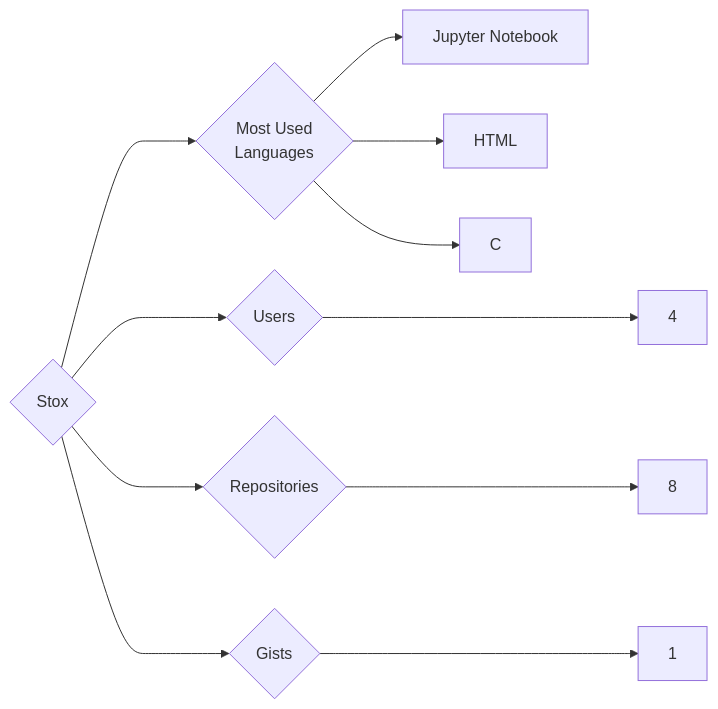
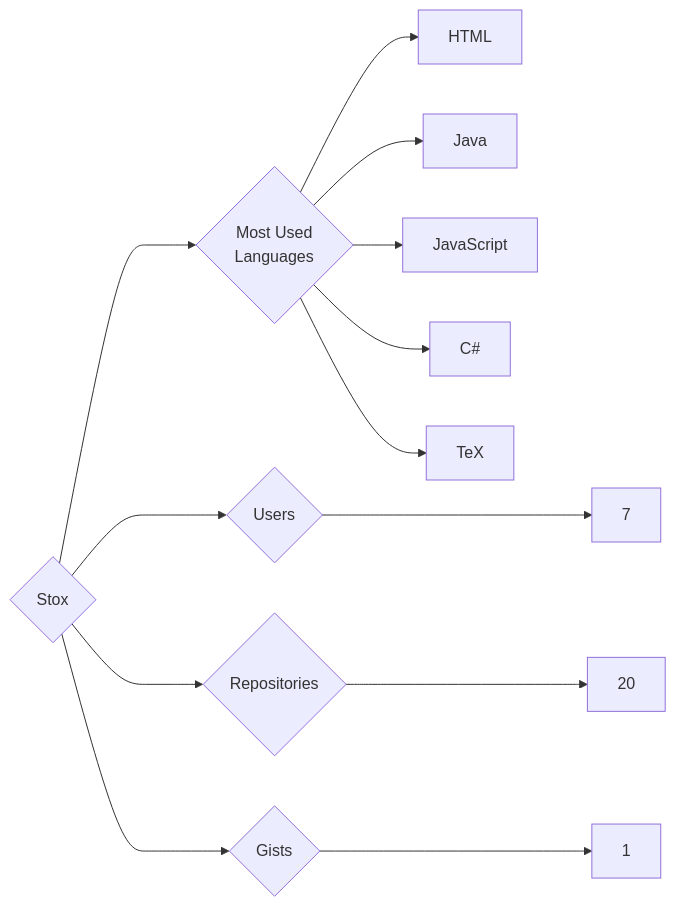
One commit to trickest/insiders changed the diagram in targets/Stox/README.md. Above: the diagram before and after it, drawn with Mermaid. The commit also changed 787 other files, not shown here.

````diff
--- a/targets/Stox/README.md
+++ b/targets/Stox/README.md
@@ -3,11 +3,13 @@
 ```mermaid
 graph LR
 COMPANY_NAME{Stox}
-COMPANY_NAME ---> U{Users} ---> UN[4]
-COMPANY_NAME ---> R{Repositories} ---> RN[8]
+COMPANY_NAME ---> U{Users} ---> UN[7]
+COMPANY_NAME ---> R{Repositories} ---> RN[20]
 COMPANY_NAME ---> G{Gists} ---> GN[1]
 COMPANY_NAME ---> ML{Most Used<br>Languages}
-ML --> Jupyter_Notebook[Jupyter Notebook]
 ML --> HTML[HTML]
-ML --> C[C]
+ML --> Java[Java]
+ML --> JavaScript[JavaScript]
+ML --> C#[C#]
+ML --> TeX[TeX]
 ```
````
